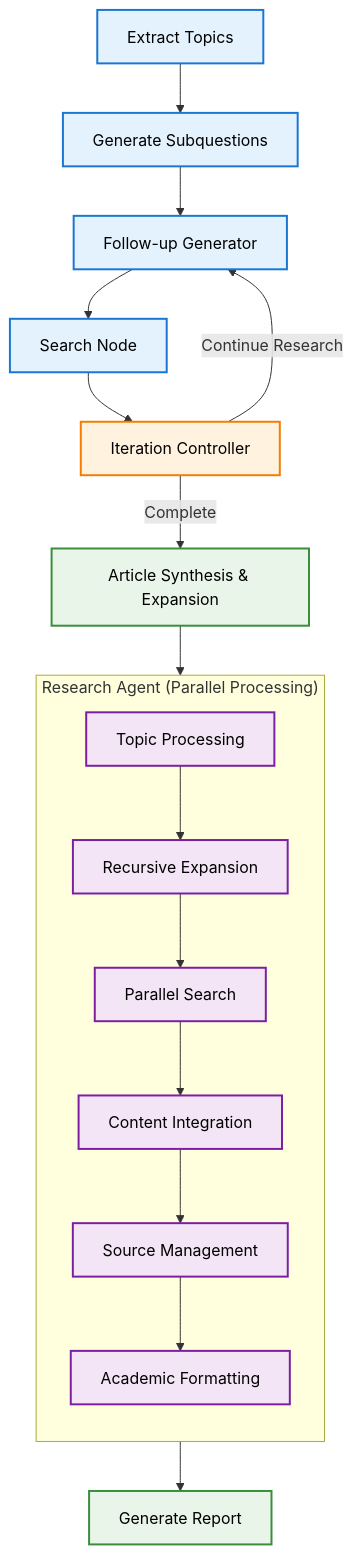
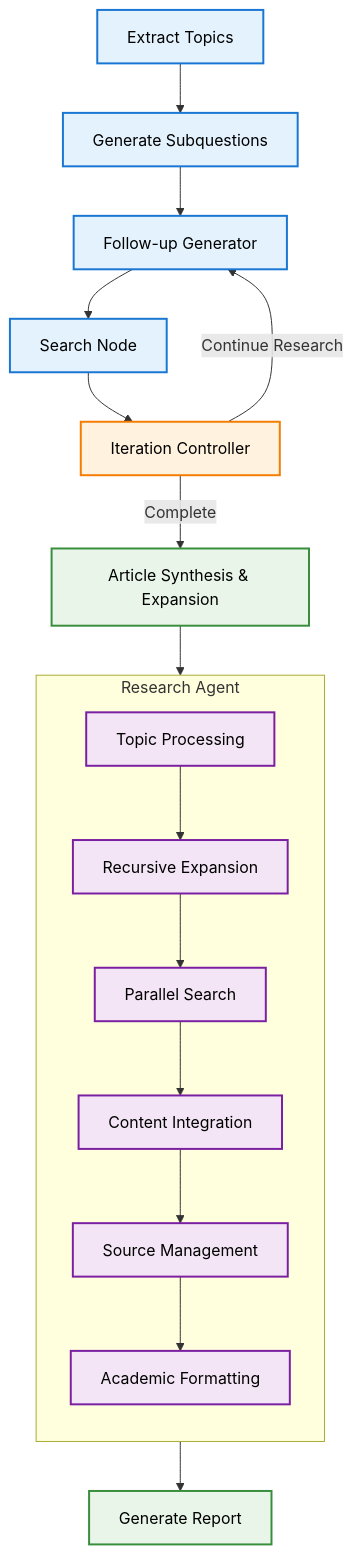
One commit to Palashio/research changed the diagram in README.md. Above: the diagram before and after it, drawn with Mermaid.

Commit message:
remove parallel

````diff
--- a/README.md
+++ b/README.md
@@ -106,37 +106,37 @@
 ```mermaid
 graph TD
     %% Main Pipeline Flow
     A[Extract Topics] --> B[Generate Subquestions]
     B --> C[Follow-up Generator]
     C --> D[Search Node]
     D --> E[Iteration Controller]
     
     %% Conditional Flow
     E -->|Continue Research| C
     E -->|Complete| F[Article Synthesis & Expansion]
     
     %% Research Agent Internal Flow
-    subgraph "Research Agent (Parallel Processing)"
+    subgraph "Research Agent"
         direction TB
         G[Topic Processing] --> H[Recursive Expansion]
         H --> I[Parallel Search]
         I --> J[Content Integration]
         J --> K[Source Management]
         K --> L[Academic Formatting]
     end
     
     %% Final Report
     F --> G
     L --> M[Generate Report]
     
     %% Styling
     classDef mainNode fill:#e3f2fd,stroke:#1976d2,stroke-width:2px,color:#000
     classDef agentNode fill:#f3e5f5,stroke:#7b1fa2,stroke-width:2px,color:#000
     classDef controlNode fill:#fff3e0,stroke:#f57c00,stroke-width:2px,color:#000
     classDef reportNode fill:#e8f5e8,stroke:#388e3c,stroke-width:2px,color:#000
     
     class A,B,C,D mainNode
     class G,H,I,J,K,L agentNode
     class E controlNode
     class F,M reportNode
 ```
````
